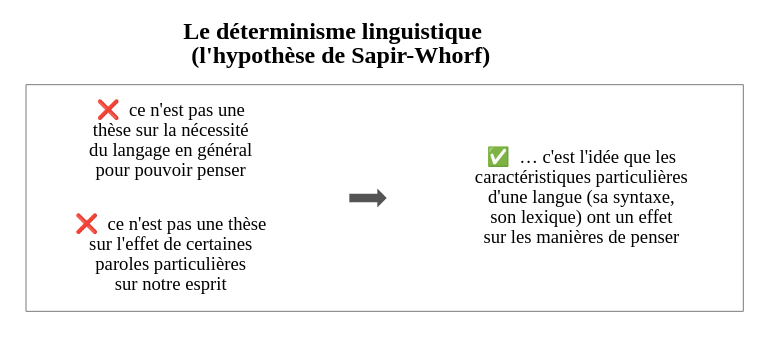
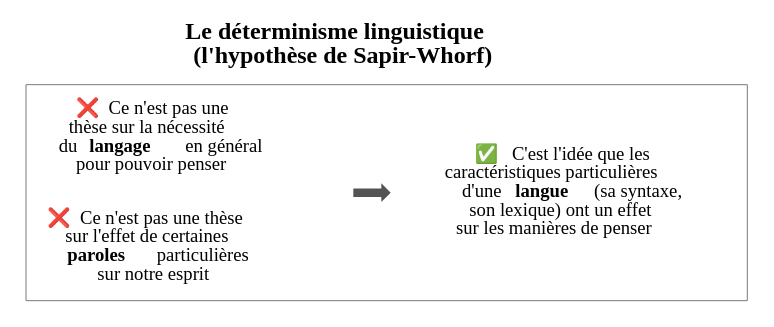
The diagram in evolution/determinisme-linguistique.dot (eyssette/graphviz-examples), drawn with Graphviz before and after one commit. The commit also changed 1 other file, not shown here.

```diff
--- a/evolution/determinisme-linguistique.dot
+++ b/evolution/determinisme-linguistique.dot
@@ -1,42 +1,42 @@
 digraph G {
 // Template : evolution
 // Usage : 
 rankdir=LR
 label=<<b>Le déterminisme linguistique <br/>(l'hypothèse de Sapir-Whorf)</b><br/>>
 labelloc=t
 fontsize=18
 
 subgraph cluster_0{
 label=""
 color=grey44
 penwidth=0.7
 node[shape=rect, style=rounded, color=white]
 {
 rank=same    
 //non4[label=""]
 //non3[label=""]
-non2[label="❌  ce n'est pas une
-thèse sur la nécessité
-du langage en général
-pour pouvoir penser"]
-non1[label="❌  ce n'est pas une thèse
-sur l'effet de certaines
-paroles particulières
-sur notre esprit"]
+non2[label=<❌  Ce n'est pas une<br/>
+thèse sur la nécessité<br/>
+du <b>langage  </b>en général<br/>
+pour pouvoir penser>]
+non1[label=<❌  Ce n'est pas une thèse<br/>
+sur l'effet de certaines<br/>
+<b>paroles  </b>particulières<br/>
+sur notre esprit>]
 }->
 fleche
 ->
 {
-oui1[label="✅  … c'est l'idée que les
-caractéristiques particulières
-d'une langue (sa syntaxe,
-son lexique) ont un effet
-sur les manières de penser"]}
+oui1[label=<✅   C'est l'idée que les<br/>
+caractéristiques particulières<br/>
+d'une<b>langue </b>(sa syntaxe,<br/>
+son lexique) ont un effet<br/>
+sur les manières de penser>]}
 [style=invis]
 
 
 fleche[shape=rarrow,label="",color=grey33, height=0.03, width=0.3, fillcolor=grey33, style="filled", penwidth=5]
 
 }
 
 }
```
